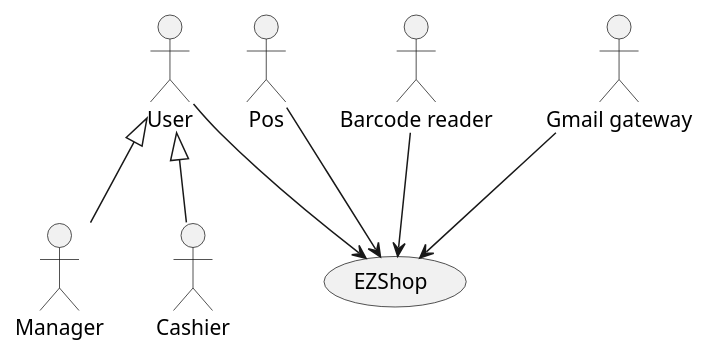
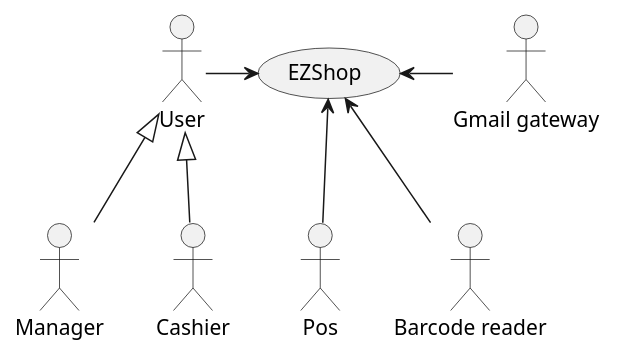
One commit to giuseppesalvi/ezshop changed the first of 2 diagrams in Deliverables/RequirementsDocument.md. Above: the diagram before and after it, drawn with PlantUML.

Commit message:
Update RequirementsDocument.md: improved Context Diagram graphical view

````diff
--- a/Deliverables/RequirementsDocument.md
+++ b/Deliverables/RequirementsDocument.md
@@ -57,14 +57,14 @@
 ```plantuml
 actor Manager as a
 actor Cashier as o
 actor User as u
 actor Pos as p
 actor "Barcode reader" as b
 actor "Gmail gateway" as g
 a -up-|> u
 o -up-|> u
-u --> (EZShop)
-p --> (EZShop)
-b --> (EZShop)
-g --> (EZShop)
+(EZShop) <-left- u
+(EZShop) <-- p
+(EZShop) <-- b
+(EZShop) <-right- g
 ```
````
